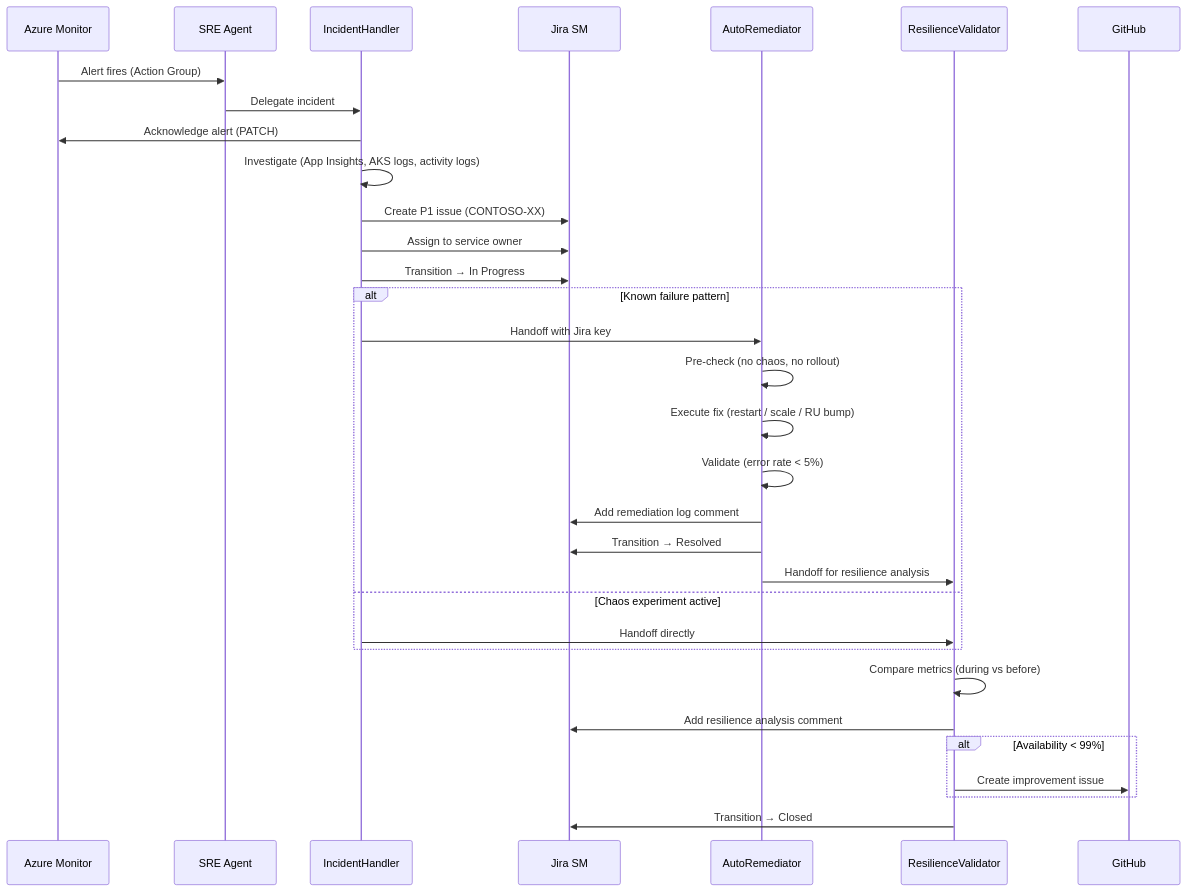
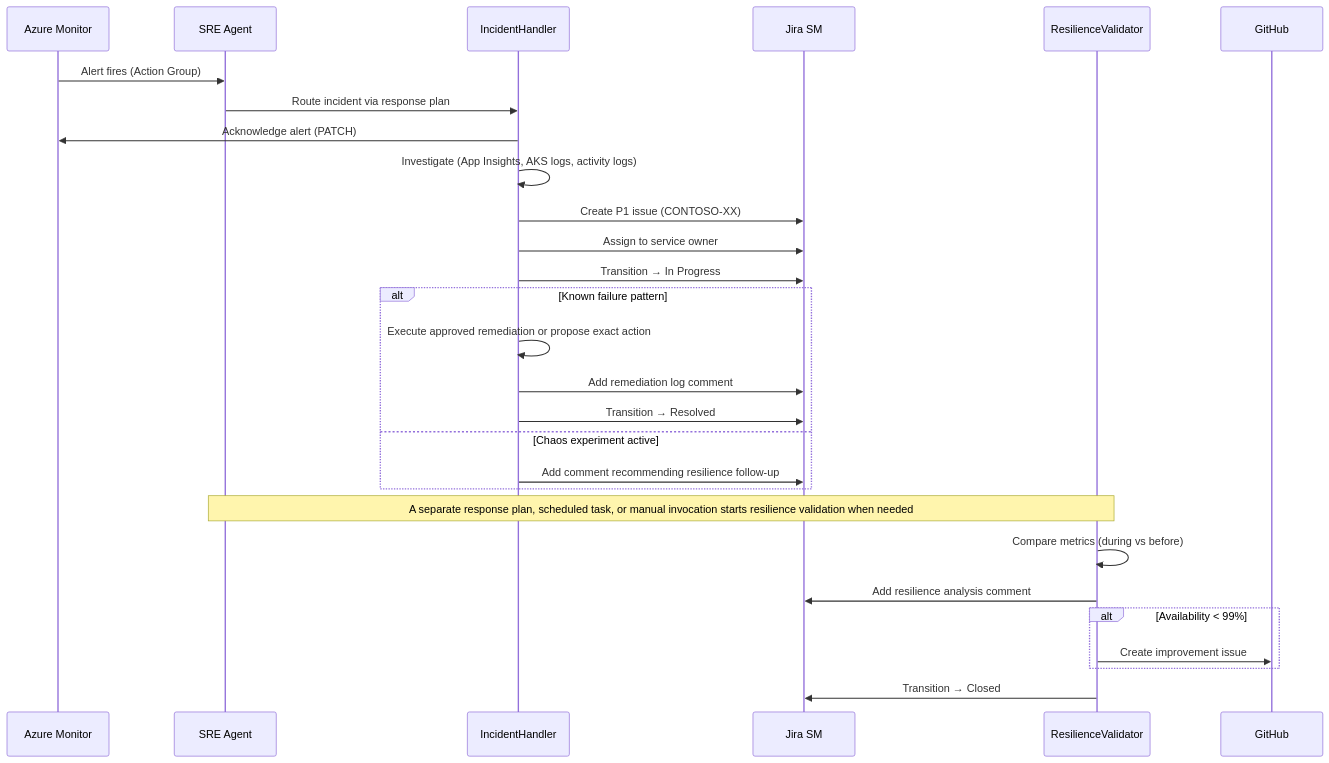
Before and after one commit to san360/azure-sre: the fourth of 4 diagrams in docs/architecture-deployment.md, drawn with Mermaid. The commit also changed other lines of this file and 12 other files, not shown here.

First line of the commit message:
Refactor auto-remediation proposal and incident response architecture

````diff
--- a/docs/architecture-deployment.md
+++ b/docs/architecture-deployment.md
@@ -154,37 +154,33 @@
 ```mermaid
 sequenceDiagram
     participant AM as Azure Monitor
     participant SRE as SRE Agent
     participant IH as IncidentHandler
     participant JIRA as Jira SM
-    participant AR as AutoRemediator
     participant RV as ResilienceValidator
     participant GH as GitHub
 
     AM->>SRE: Alert fires (Action Group)
-    SRE->>IH: Delegate incident
+    SRE->>IH: Route incident via response plan
     IH->>AM: Acknowledge alert (PATCH)
     IH->>IH: Investigate (App Insights, AKS logs, activity logs)
     IH->>JIRA: Create P1 issue (CONTOSO-XX)
     IH->>JIRA: Assign to service owner
     IH->>JIRA: Transition → In Progress
 
     alt Known failure pattern
-        IH->>AR: Handoff with Jira key
-        AR->>AR: Pre-check (no chaos, no rollout)
-        AR->>AR: Execute fix (restart / scale / RU bump)
-        AR->>AR: Validate (error rate < 5%)
-        AR->>JIRA: Add remediation log comment
-        AR->>JIRA: Transition → Resolved
-        AR->>RV: Handoff for resilience analysis
+        IH->>IH: Execute approved remediation or propose exact action
+        IH->>JIRA: Add remediation log comment
+        IH->>JIRA: Transition → Resolved
     else Chaos experiment active
-        IH->>RV: Handoff directly
+        IH->>JIRA: Add comment recommending resilience follow-up
     end
 
+    Note over SRE,RV: A separate response plan, scheduled task, or manual invocation starts resilience validation when needed
     RV->>RV: Compare metrics (during vs before)
     RV->>JIRA: Add resilience analysis comment
     alt Availability < 99%
         RV->>GH: Create improvement issue
     end
     RV->>JIRA: Transition → Closed
 ```
````
